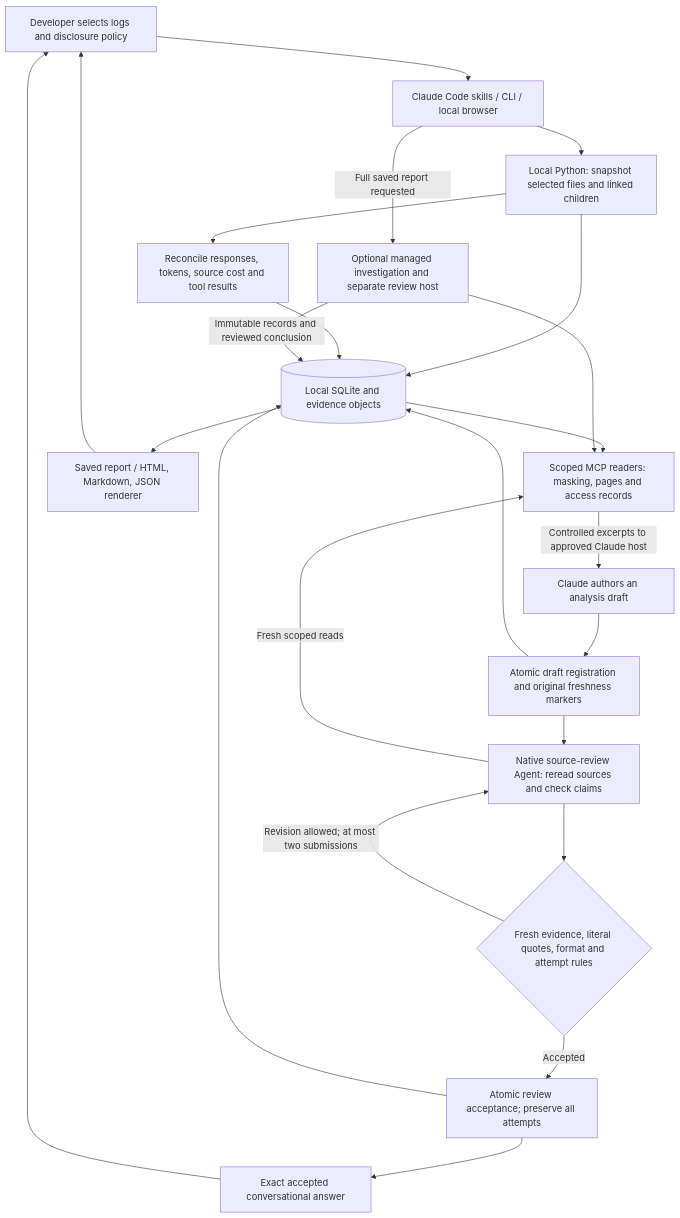
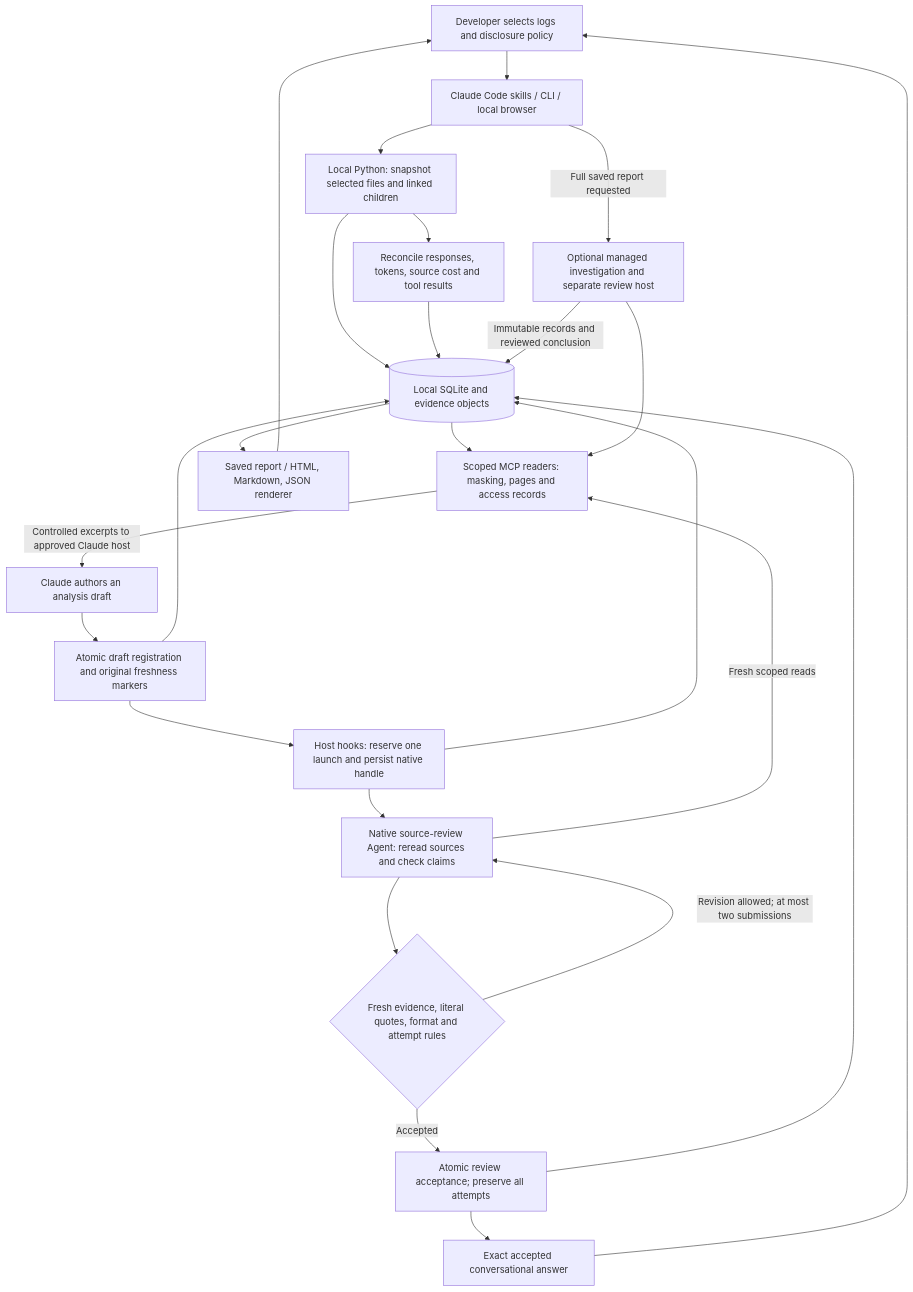
Before and after one commit to Dhravidk/session-analyzer: the diagram in docs/architecture.mmd, drawn with Mermaid. The commit also changed 23 other files, not shown here.

Commit message:
Expose one analyze command and exercise its native review lifecycle in release checks

```diff
--- a/docs/architecture.mmd
+++ b/docs/architecture.mmd
@@ -1,38 +1,41 @@
 flowchart TD
     User["Developer selects logs and disclosure policy"]
     Entry["Claude Code skills / CLI / local browser"]
     Import["Local Python: snapshot selected files and linked children"]
     Facts["Reconcile responses, tokens, source cost and tool results"]
     Store[("Local SQLite and evidence objects")]
     Scope["Scoped MCP readers: masking, pages and access records"]
     Draft["Claude authors an analysis draft"]
     Register["Atomic draft registration and original freshness markers"]
+    Guard["Host hooks: reserve one launch and persist native handle"]
     Native["Native source-review Agent: reread sources and check claims"]
     Validate{"Fresh evidence, literal quotes, format and attempt rules"}
     Accept["Atomic review acceptance; preserve all attempts"]
     Reply["Exact accepted conversational answer"]
     Managed["Optional managed investigation and separate review host"]
     Export["Saved report / HTML, Markdown, JSON renderer"]
 
     User --> Entry
     Entry --> Import
     Import --> Facts
     Import --> Store
     Facts --> Store
     Store --> Scope
     Scope -->|"Controlled excerpts to approved Claude host"| Draft
     Draft --> Register
     Register --> Store
-    Register --> Native
+    Register --> Guard
+    Guard --> Store
+    Guard --> Native
     Native -->|"Fresh scoped reads"| Scope
     Native --> Validate
     Validate -->|"Revision allowed; at most two submissions"| Native
     Validate -->|"Accepted"| Accept
     Accept --> Store
     Accept --> Reply
     Entry -->|"Full saved report requested"| Managed
     Managed --> Scope
     Managed -->|"Immutable records and reviewed conclusion"| Store
     Store --> Export
     Export --> User
     Reply --> User
```
